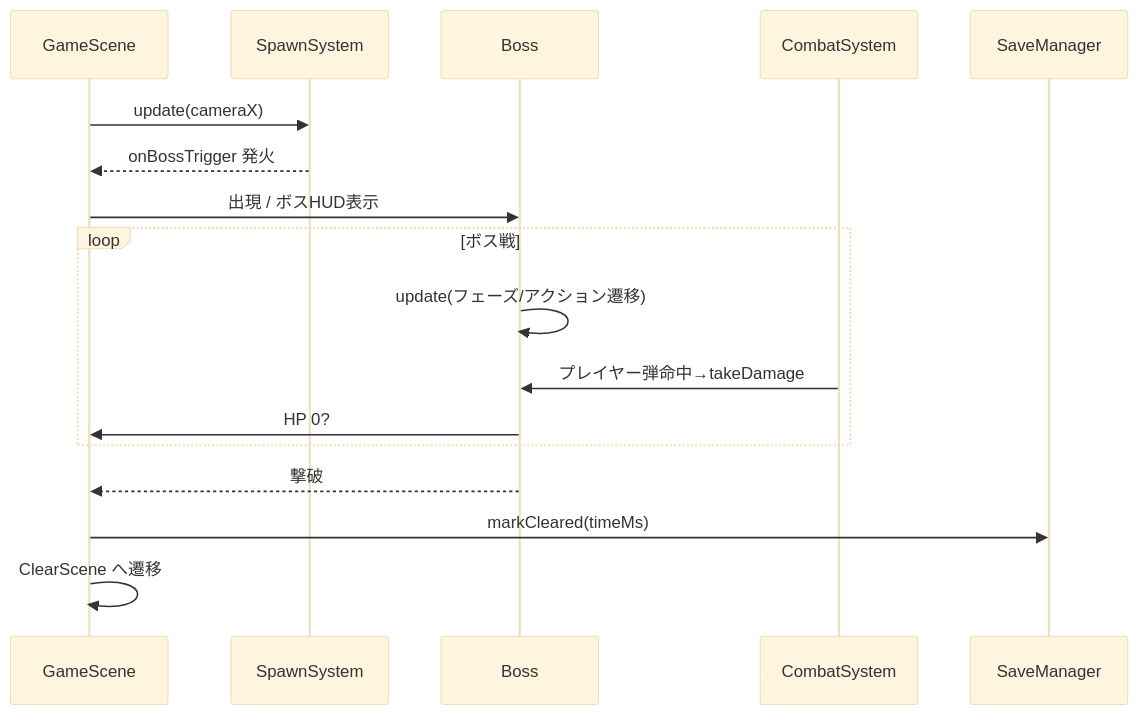
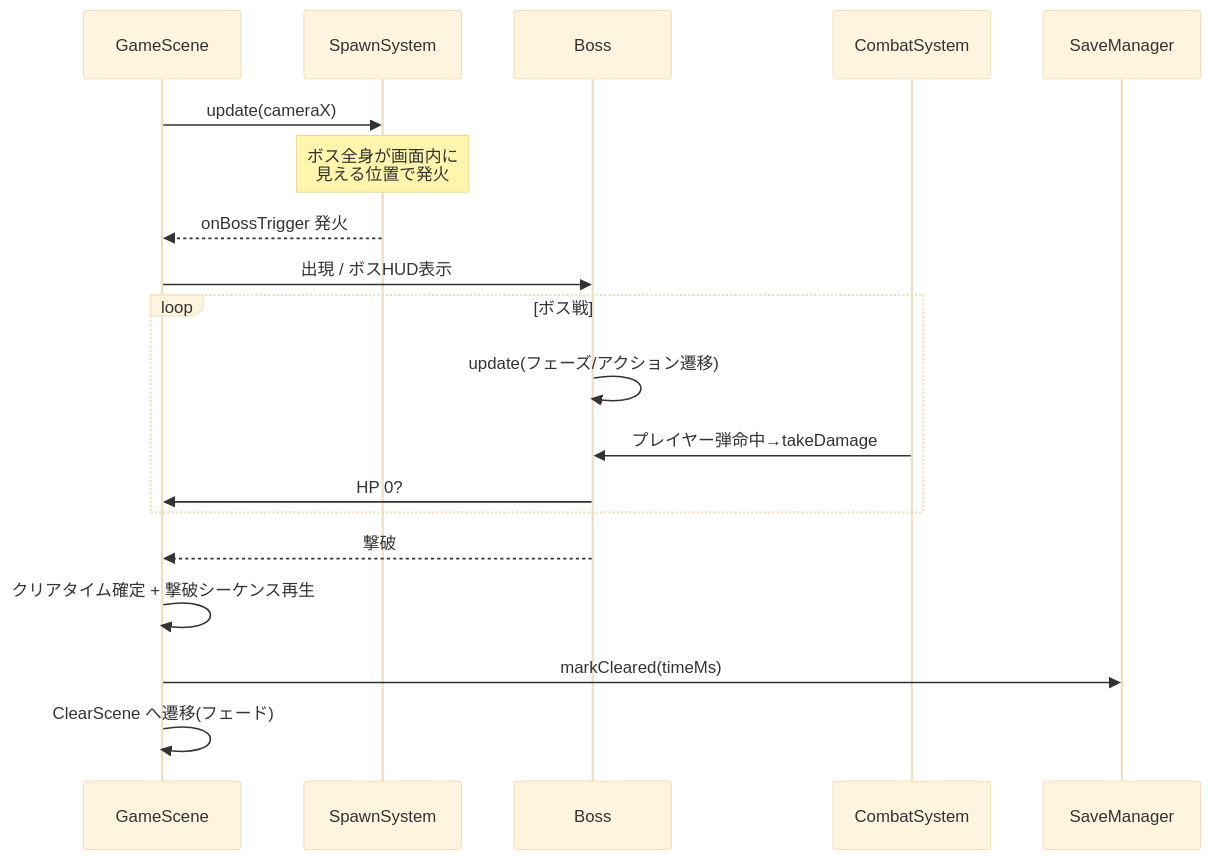
One commit to n-yata/last-spark changed the fourth of 4 diagrams in docs/functional-design.md. Above: the diagram before and after it, drawn with Mermaid (base theme). The commit also changed other lines of this file and 1 other file, not shown here.

````diff
--- a/docs/functional-design.md
+++ b/docs/functional-design.md
@@ -339,20 +360,22 @@
 ```mermaid
 sequenceDiagram
     participant Game as GameScene
     participant Spawn as SpawnSystem
     participant Boss
     participant Combat as CombatSystem
     participant Save as SaveManager
 
     Game->>Spawn: update(cameraX)
+    Note over Spawn: ボス全身が画面内に<br/>見える位置で発火
     Spawn-->>Game: onBossTrigger 発火
     Game->>Boss: 出現 / ボスHUD表示
     loop ボス戦
         Boss->>Boss: update(フェーズ/アクション遷移)
         Combat->>Boss: プレイヤー弾命中→takeDamage
         Boss->>Game: HP 0?
     end
     Boss-->>Game: 撃破
+    Game->>Game: クリアタイム確定 + 撃破シーケンス再生
     Game->>Save: markCleared(timeMs)
-    Game->>Game: ClearScene へ遷移
+    Game->>Game: ClearScene へ遷移(フェード)
 ```
````
